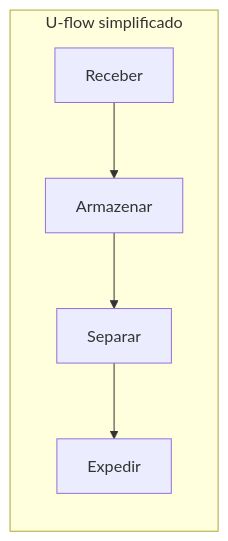
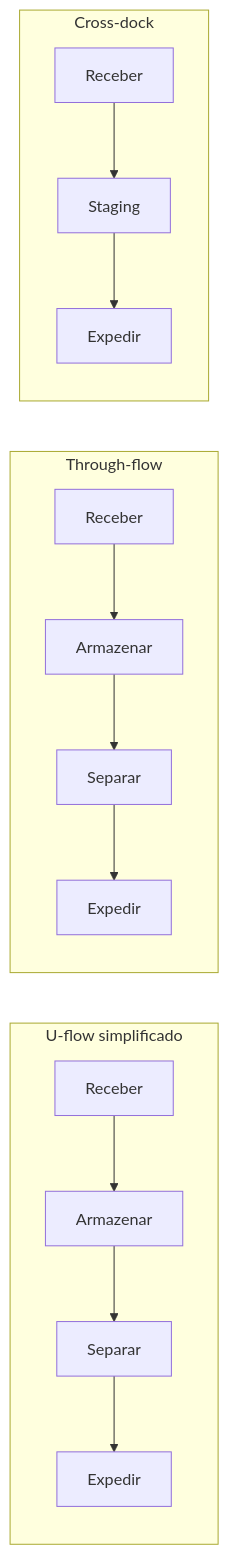
One commit to cleberhensel/logisticon-academy changed the first of 2 diagrams in aulas/trilha-operacoes-logisticas/modulo-02-armazenagem-e-layout-logistico/aula-01-layout-zonas-fluxo-docas.md. Above: the diagram before and after it, drawn with Mermaid. The commit also changed other lines of this file and 122 other files, not shown here.

````diff
--- a/aulas/trilha-operacoes-logisticas/modulo-02-armazenagem-e-layout-logistico/aula-01-layout-zonas-fluxo-docas.md
+++ b/aulas/trilha-operacoes-logisticas/modulo-02-armazenagem-e-layout-logistico/aula-01-layout-zonas-fluxo-docas.md
@@ -42,10 +66,16 @@
 ```mermaid
 flowchart LR
   subgraph uflow["U-flow simplificado"]
     R[Receber]
     S[Armazenar]
     P[Separar]
     E[Expedir]
     R --> S --> P --> E
   end
+  subgraph through["Through-flow"]
+    R2[Receber] --> S2[Armazenar] --> P2[Separar] --> E2[Expedir]
+  end
+  subgraph cross["Cross-dock"]
+    R3[Receber] --> St[Staging] --> E3[Expedir]
+  end
 ```
````
